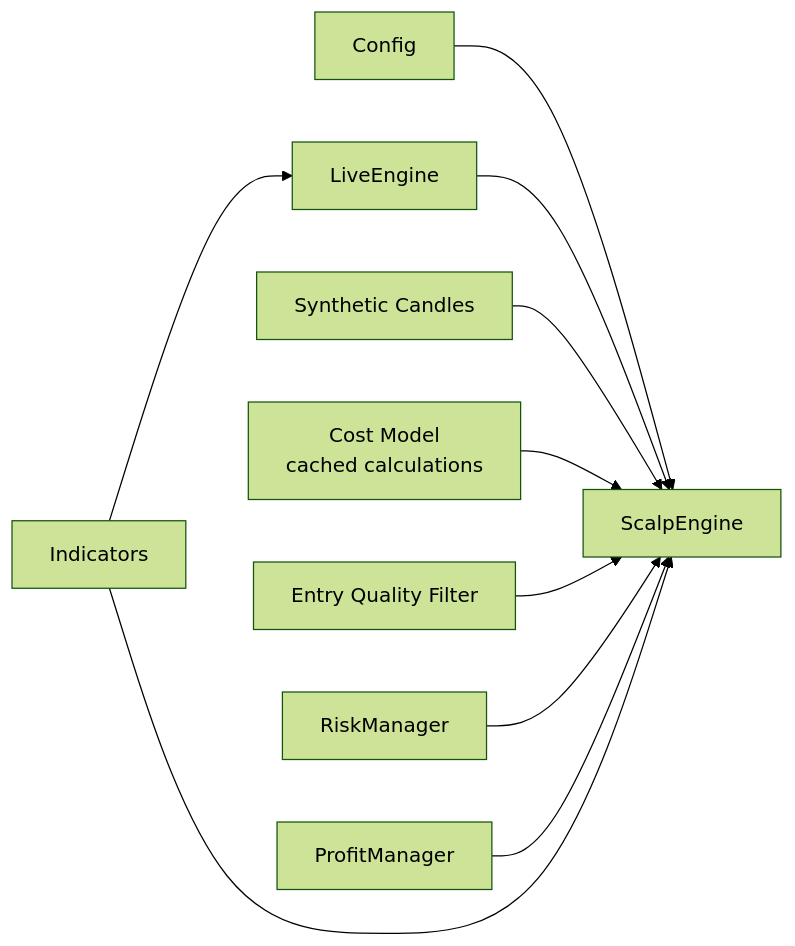
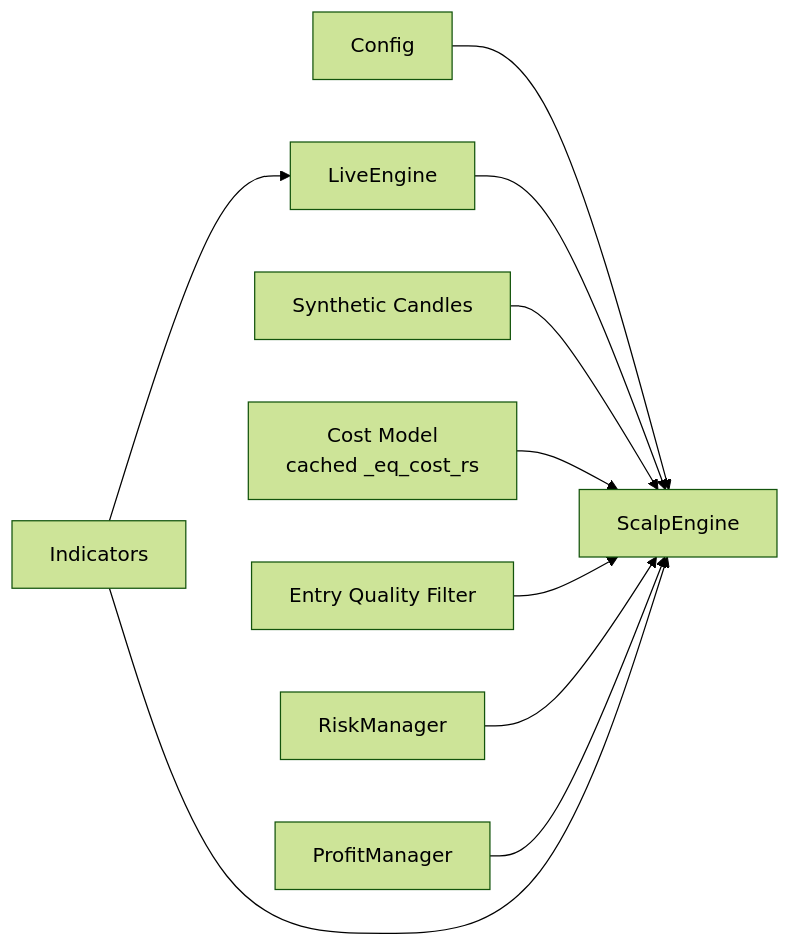
Diagram 11 of 11 in .qoder/repowiki/en/content/Core Trading Engine/Scalping Strategy Engine.md (tauqeersiddiqui-art/tradingsystem), drawn with Mermaid (forest theme) before and after one commit. The commit also changed other lines of this file and 6 other files, not shown here.

````diff
--- a/.qoder/repowiki/en/content/Core Trading Engine/Scalping Strategy Engine.md
+++ b/.qoder/repowiki/en/content/Core Trading Engine/Scalping Strategy Engine.md
@@ -470,12 +471,12 @@
 ```mermaid
 graph LR
 C["Config"] --> SE["ScalpEngine"]
 LE["LiveEngine"] --> SE
 SC["Synthetic Candles"] --> SE
-CM["Cost Model<br/>cached calculations"] --> SE
+CM["Cost Model<br/>cached _eq_cost_rs"] --> SE
 EQ["Entry Quality Filter"] --> SE
 RM["RiskManager"] --> SE
 PM["ProfitManager"] --> SE
 IND["Indicators"] --> LE
 IND --> SE
 ```
````
